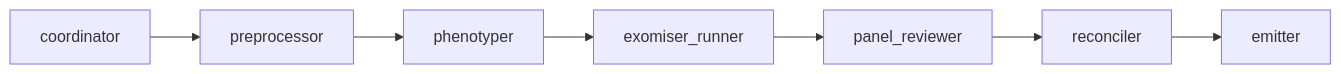
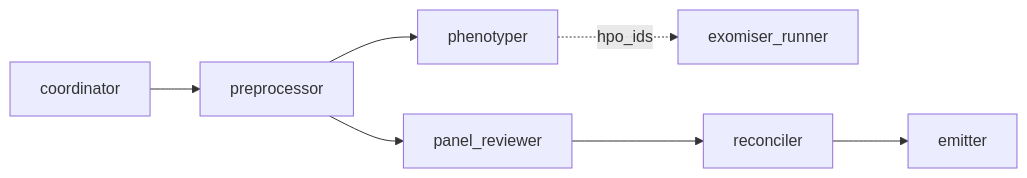
One commit to Replikanti/agentis-colonies changed the diagram in grand-rounds/baseline/README.md. Above: the diagram before and after it, drawn with Mermaid. The commit also changed other lines of this file and 10 other files, not shown here.

````diff
--- a/grand-rounds/baseline/README.md
+++ b/grand-rounds/baseline/README.md
@@ -24,4 +25,8 @@
 ```mermaid
 graph LR
-    coordinator --> preprocessor --> phenotyper --> exomiser_runner --> panel_reviewer --> reconciler --> emitter
+    coordinator --> preprocessor
+    preprocessor --> phenotyper
+    preprocessor --> panel_reviewer
+    phenotyper -. hpo_ids .-> exomiser_runner
+    panel_reviewer --> reconciler --> emitter
 ```
````
